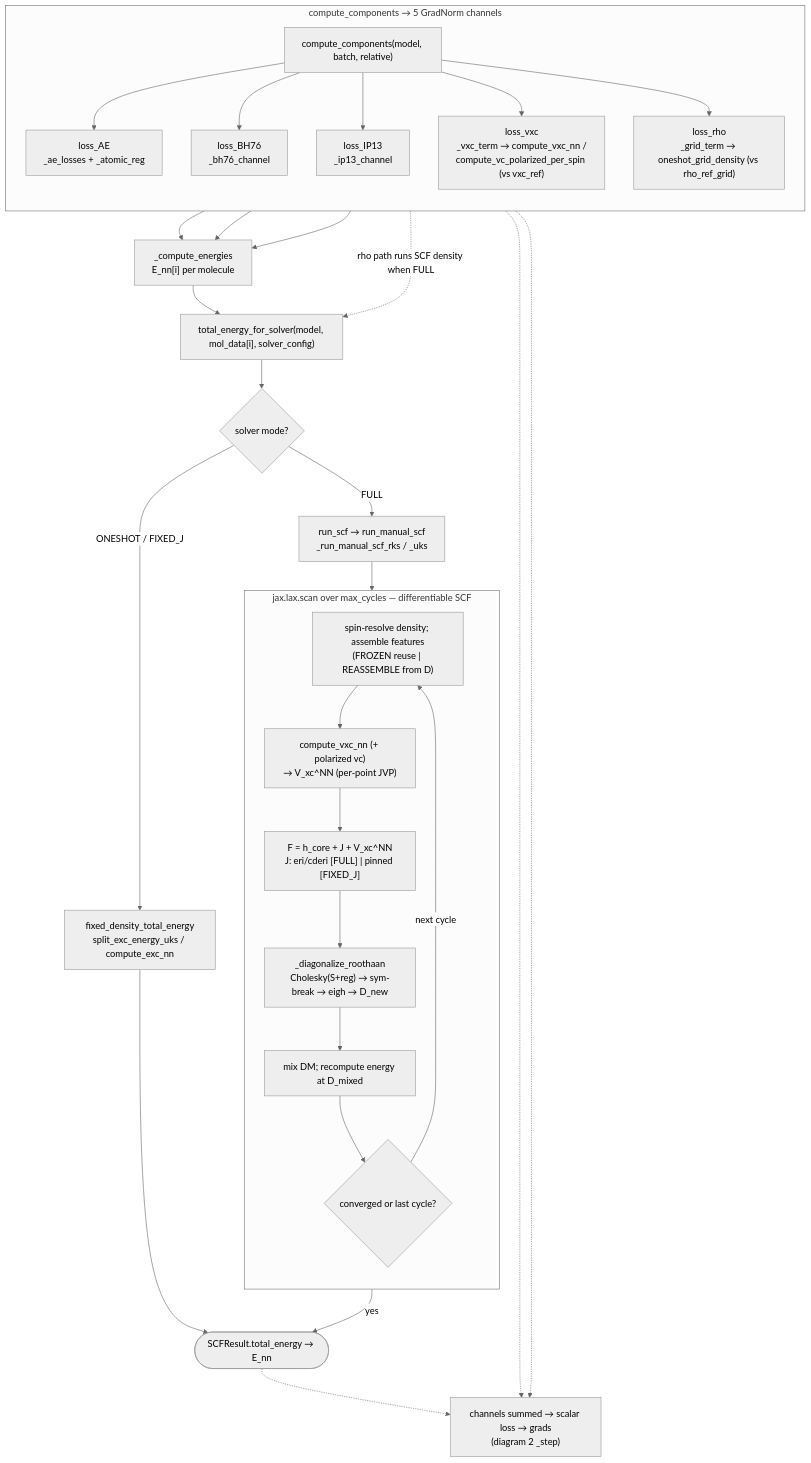
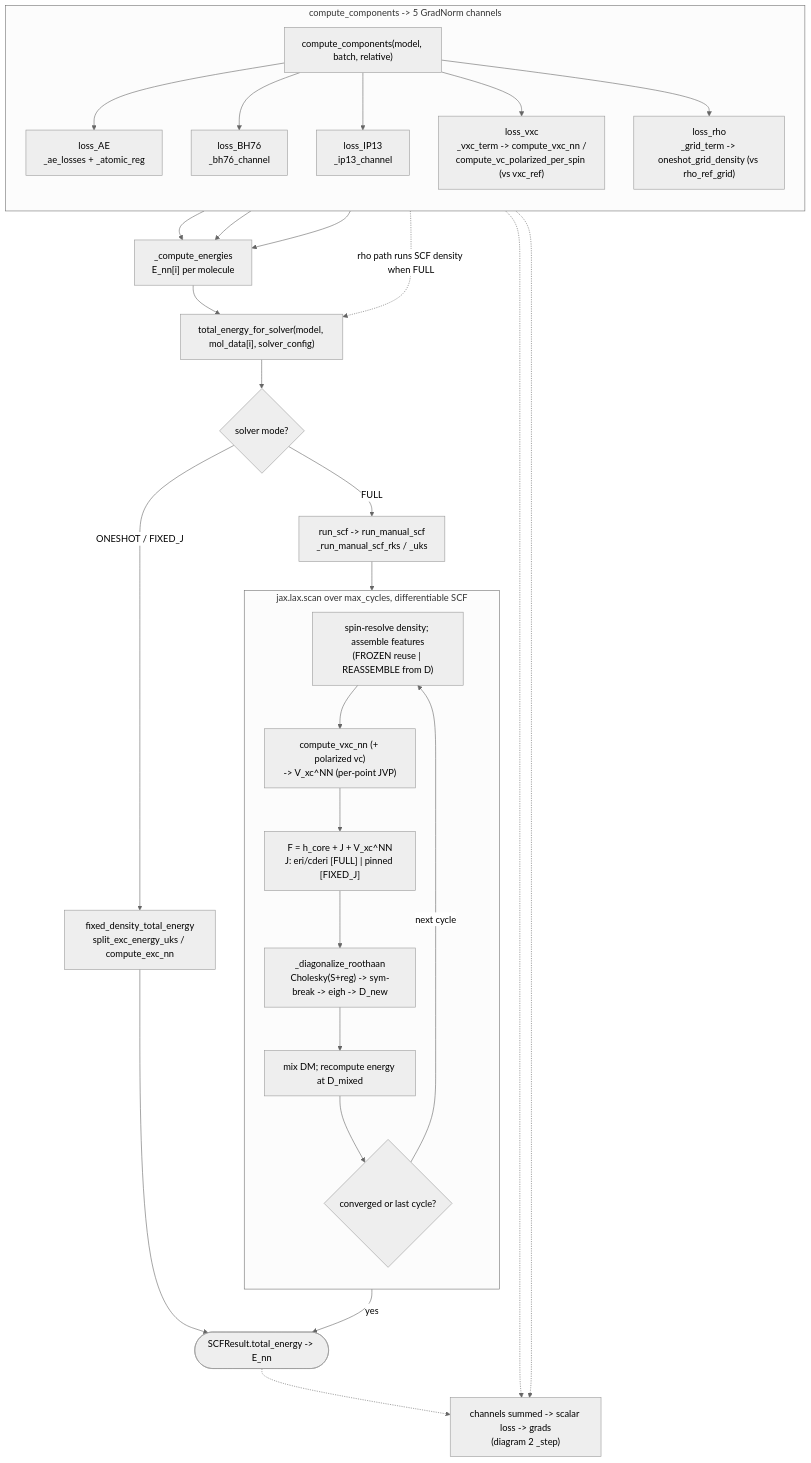
The third of 4 diagrams in docs/architecture/alec_training_flow.md (alecpwills/xcquinox), drawn with Mermaid (neutral theme) before and after one commit. The commit also changed other lines of this file and 14 other files, not shown here.

Commit message:
revise user guide and architecture diagrams

````diff
--- a/docs/architecture/alec_training_flow.md
+++ b/docs/architecture/alec_training_flow.md
@@ -170,42 +169,42 @@
 ```mermaid
 flowchart TB
-  subgraph loss["compute_components → 5 GradNorm channels"]
+  subgraph loss["compute_components -> 5 GradNorm channels"]
     direction TB
     cc["compute_components(model, batch, relative)"]
     ae["loss_AE<br/>_ae_losses + _atomic_reg"]
     bh["loss_BH76<br/>_bh76_channel"]
     ip["loss_IP13<br/>_ip13_channel"]
-    vxc["loss_vxc<br/>_vxc_term → compute_vxc_nn /<br/>compute_vc_polarized_per_spin (vs vxc_ref)"]
-    rho["loss_rho<br/>_grid_term → oneshot_grid_density (vs rho_ref_grid)"]
+    vxc["loss_vxc<br/>_vxc_term -> compute_vxc_nn /<br/>compute_vc_polarized_per_spin (vs vxc_ref)"]
+    rho["loss_rho<br/>_grid_term -> oneshot_grid_density (vs rho_ref_grid)"]
     cc --> ae
     cc --> bh
     cc --> ip
     cc --> vxc
     cc --> rho
   end
   ae --> ce["_compute_energies<br/>E_nn[i] per molecule"]
   bh --> ce
   ip --> ce
   ce --> tes["total_energy_for_solver(model, mol_data[i], solver_config)"]
   rho -.->|rho path runs SCF density when FULL| tes
   tes --> dmode{"solver mode?"}
   dmode -->|ONESHOT / FIXED_J| fixed["fixed_density_total_energy<br/>split_exc_energy_uks / compute_exc_nn"]
-  dmode -->|FULL| runscf["run_scf → run_manual_scf<br/>_run_manual_scf_rks / _uks"]
-  subgraph scf["jax.lax.scan over max_cycles — differentiable SCF"]
+  dmode -->|FULL| runscf["run_scf -> run_manual_scf<br/>_run_manual_scf_rks / _uks"]
+  subgraph scf["jax.lax.scan over max_cycles, differentiable SCF"]
     direction TB
     cfeat["spin-resolve density; assemble features<br/>(FROZEN reuse | REASSEMBLE from D)"]
-    cvxc["compute_vxc_nn (+ polarized vc)<br/>→ V_xc^NN (per-point JVP)"]
+    cvxc["compute_vxc_nn (+ polarized vc)<br/>-> V_xc^NN (per-point JVP)"]
     cfock["F = h_core + J + V_xc^NN<br/>J: eri/cderi [FULL] | pinned [FIXED_J]"]
-    cdiag["_diagonalize_roothaan<br/>Cholesky(S+reg) → sym-break → eigh → D_new"]
+    cdiag["_diagonalize_roothaan<br/>Cholesky(S+reg) -> sym-break -> eigh -> D_new"]
     cmix["mix DM; recompute energy at D_mixed"]
     cconv{"converged or last cycle?"}
     cfeat --> cvxc --> cfock --> cdiag --> cmix --> cconv
     cconv -->|next cycle| cfeat
   end
   runscf --> cfeat
-  cconv -->|yes| result(["SCFResult.total_energy → E_nn"])
+  cconv -->|yes| result(["SCFResult.total_energy -> E_nn"])
   fixed --> result
-  result -.-> back["channels summed → scalar loss → grads<br/>(diagram 2 _step)"]
+  result -.-> back["channels summed -> scalar loss -> grads<br/>(diagram 2 _step)"]
   vxc -.-> back
   rho -.-> back
 ```
````
